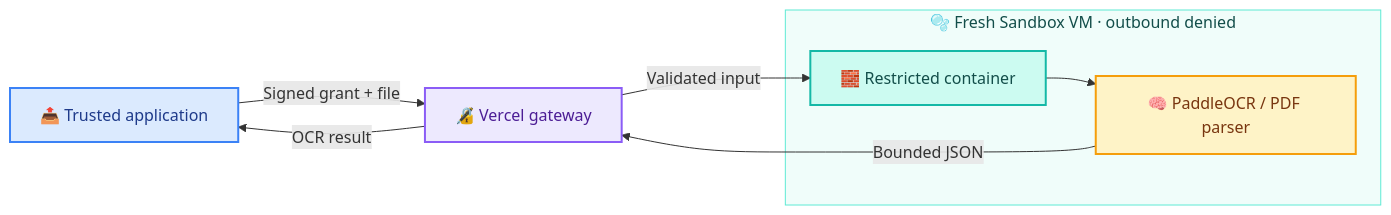
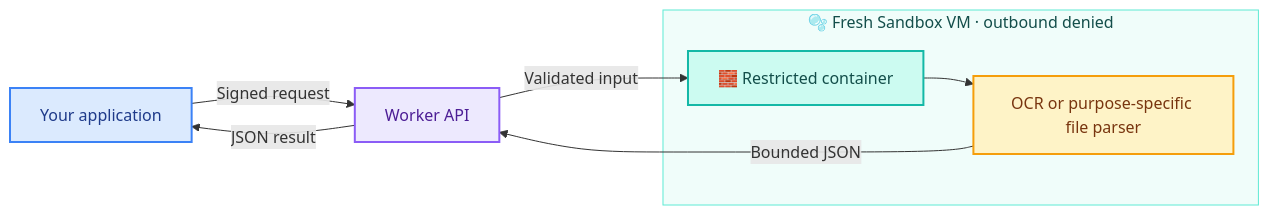
One commit to Mofey/ocr changed the diagram in README.md. Above: the diagram before and after it, drawn with Mermaid. The commit also changed other lines of this file, not shown here.

````diff
--- a/README.md
+++ b/README.md
@@ -162,16 +179,16 @@
 ```mermaid
 flowchart LR
-    A["📤 Trusted application"]:::app -->|Signed grant + file| B["🔏 Vercel gateway"]:::gateway
+    A["Your application"]:::app -->|Signed request| B["Worker API"]:::gateway
     subgraph VM["🫧 Fresh Sandbox VM · outbound denied"]
-        C["🧱 Restricted container"]:::container --> D["🧠 PaddleOCR / PDF parser"]:::parser
+        C["🧱 Restricted container"]:::container --> D["OCR or purpose-specific file parser"]:::parser
     end
     B -->|Validated input| C
     D -->|Bounded JSON| B
-    B -->|OCR result| A
+    B -->|JSON result| A
 
     classDef app fill:#dbeafe,stroke:#3b82f6,color:#1e3a8a,stroke-width:2px
     classDef gateway fill:#ede9fe,stroke:#8b5cf6,color:#4c1d95,stroke-width:2px
     classDef container fill:#ccfbf1,stroke:#14b8a6,color:#134e4a,stroke-width:2px
     classDef parser fill:#fef3c7,stroke:#f59e0b,color:#78350f,stroke-width:2px
     style VM fill:#f0fdfa,stroke:#5eead4,color:#134e4a
 ```
````
